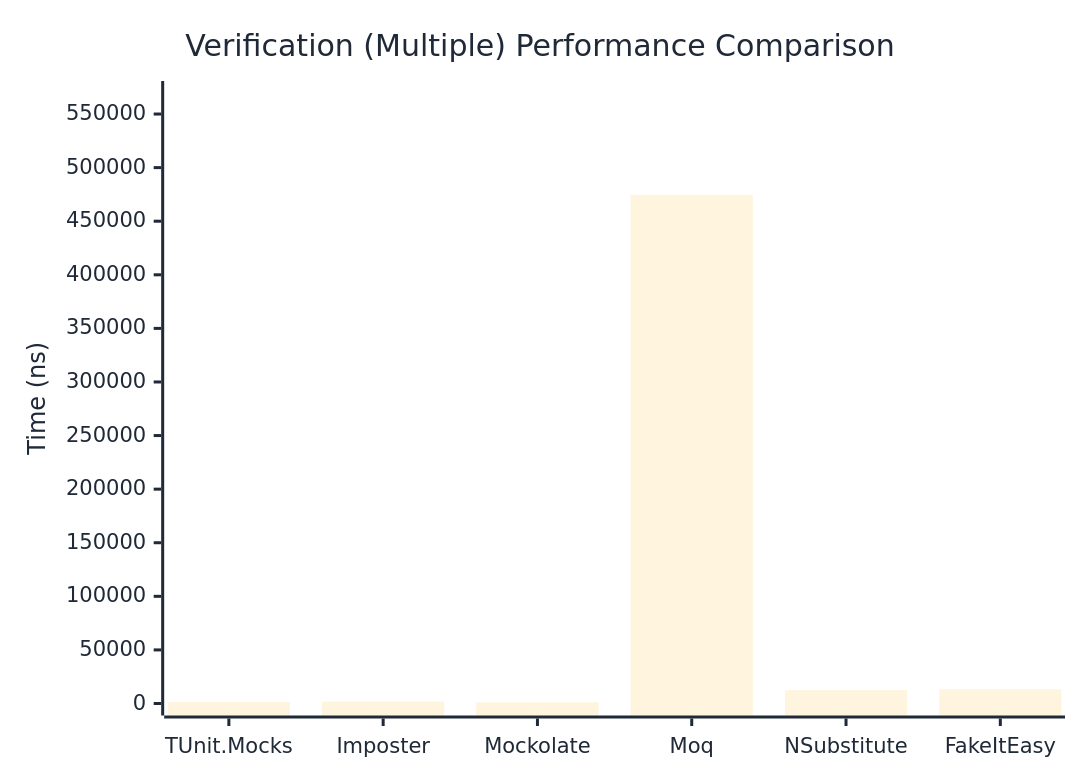
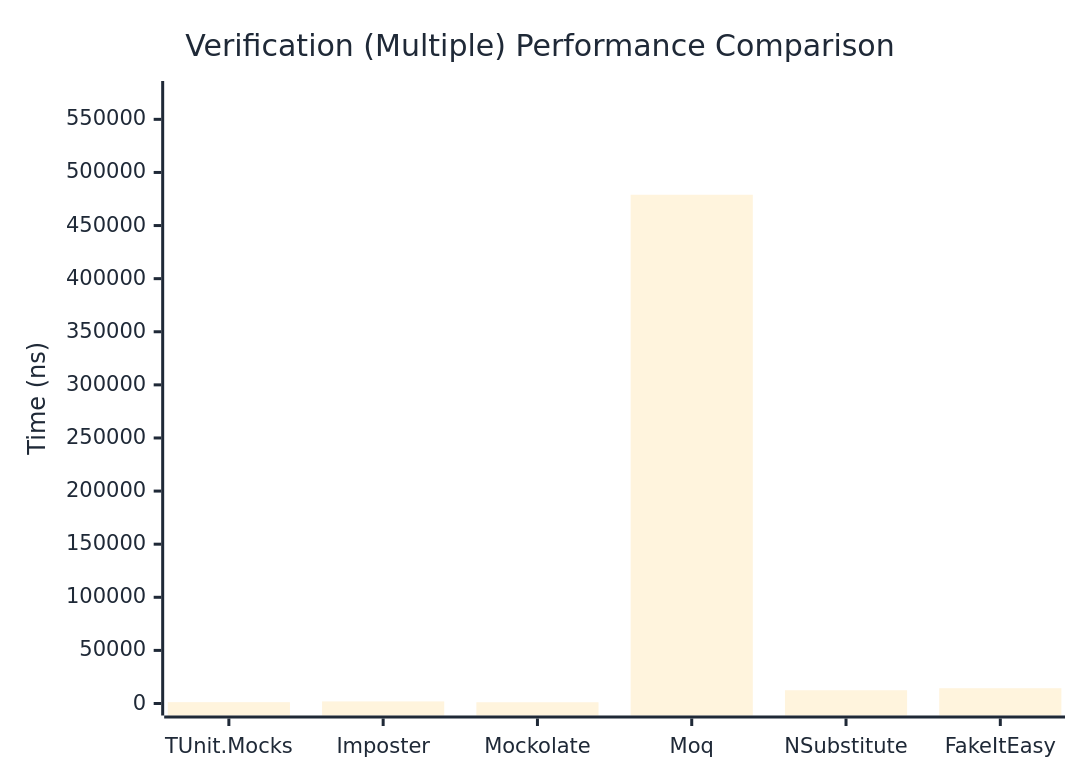
The third of 3 diagrams in docs/docs/benchmarks/mocks/Verification.md (thomhurst/TUnit), drawn with Mermaid before and after one commit. The commit also changed other lines of this file and 14 other files, not shown here.

````diff
--- a/docs/docs/benchmarks/mocks/Verification.md
+++ b/docs/docs/benchmarks/mocks/Verification.md
@@ -112,27 +112,27 @@
 ```mermaid
 %%{init: {
   'theme':'base',
   'themeVariables': {
     'primaryColor': '#2563eb',
     'primaryTextColor': '#1f2937',
     'primaryBorderColor': '#1e40af',
     'lineColor': '#6b7280',
     'secondaryColor': '#7c3aed',
     'tertiaryColor': '#dc2626',
     'background': '#ffffff',
     'pie1': '#2563eb',
     'pie2': '#7c3aed',
     'pie3': '#dc2626',
     'pie4': '#f59e0b',
     'pie5': '#10b981',
     'pie6': '#06b6d4',
     'pie7': '#ec4899',
     'pie8': '#6366f1'
   }
 }}%%
 xychart-beta
   title "Verification (Multiple) Performance Comparison"
   x-axis ["TUnit.Mocks", "Imposter", "Mockolate", "Moq", "NSubstitute", "FakeItEasy"]
-  y-axis "Time (ns)" 0 --> 569628
-  bar [1246.26, 1744.64, 1078.66, 474689.95, 12505.45, 13332.57]
+  y-axis "Time (ns)" 0 --> 574800
+  bar [1265.77, 1967.42, 1180.84, 478999.18, 12488.25, 14382.06]
 ```
````
